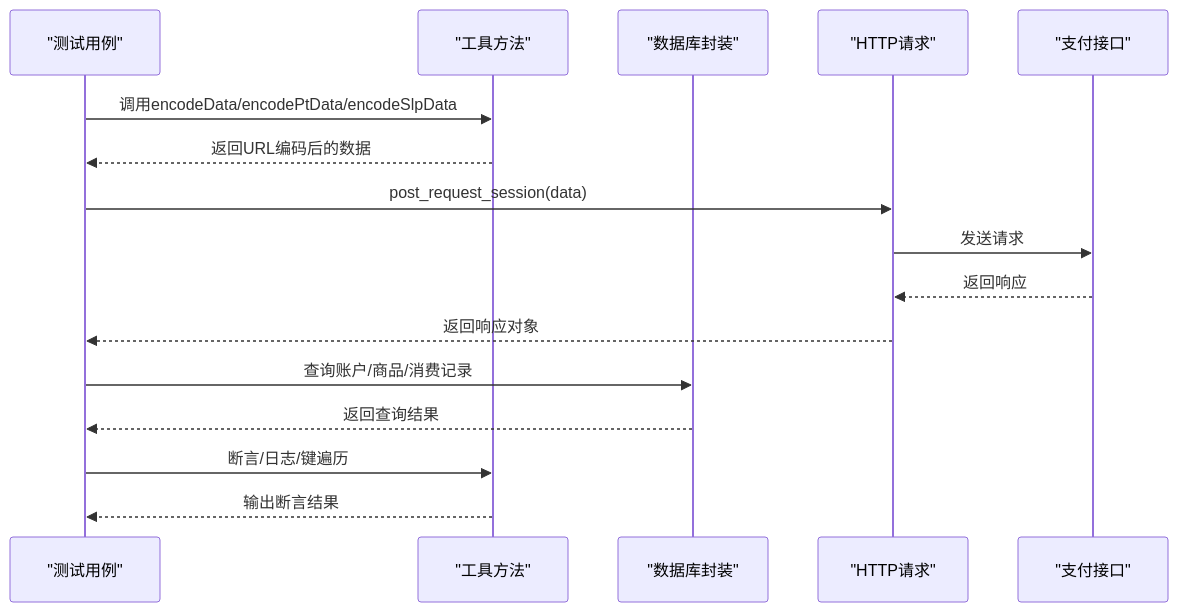
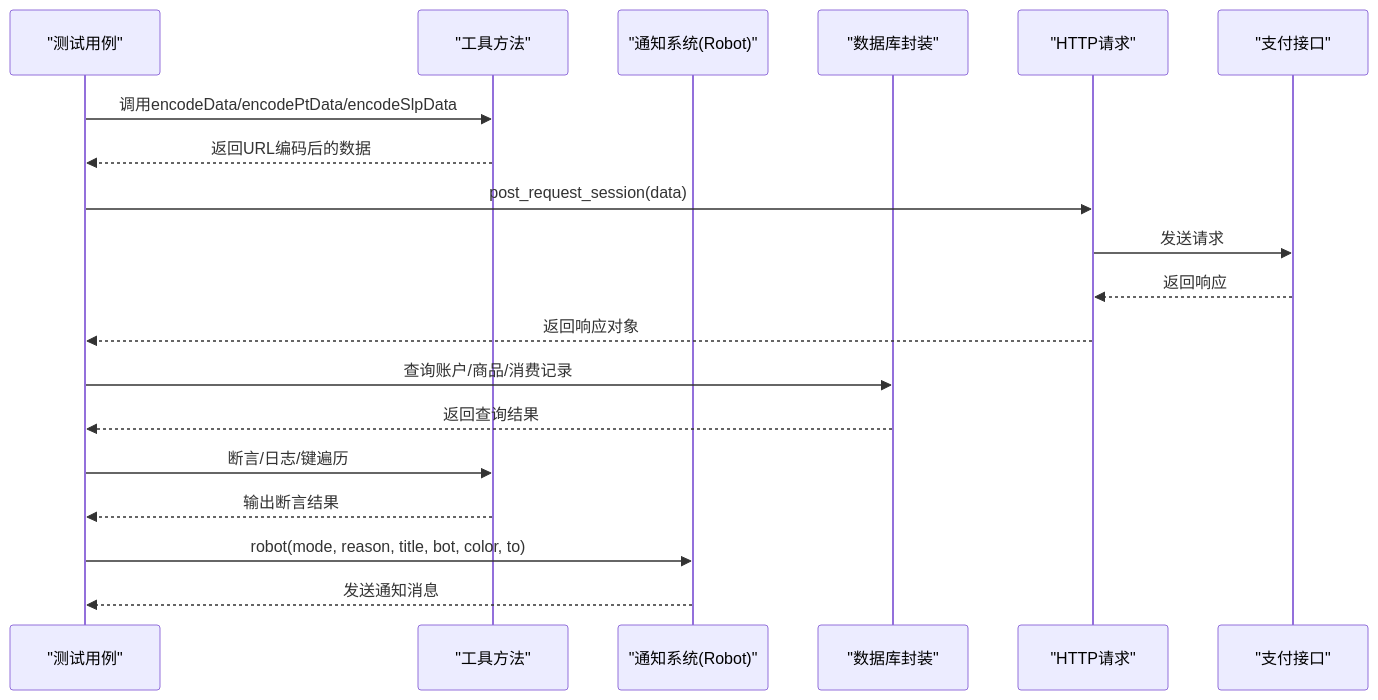
The second of 6 diagrams in .qoder/repowiki/zh/content/核心模块/工具方法模块.md (liximing1-ola/qa-payTest), drawn with Mermaid before and after one commit. The commit also changed other lines of this file and 14 other files, not shown here.

````diff
--- a/.qoder/repowiki/zh/content/核心模块/工具方法模块.md
+++ b/.qoder/repowiki/zh/content/核心模块/工具方法模块.md
@@ -157,18 +180,21 @@
 ```mermaid
 sequenceDiagram
 participant Case as "测试用例"
 participant Tools as "工具方法"
+participant Notify as "通知系统(Robot)"
 participant DB as "数据库封装"
 participant HTTP as "HTTP请求"
 participant API as "支付接口"
 Case->>Tools : 调用encodeData/encodePtData/encodeSlpData
 Tools-->>Case : 返回URL编码后的数据
 Case->>HTTP : post_request_session(data)
 HTTP->>API : 发送请求
 API-->>HTTP : 返回响应
 HTTP-->>Case : 返回响应对象
 Case->>DB : 查询账户/商品/消费记录
 DB-->>Case : 返回查询结果
 Case->>Tools : 断言/日志/键遍历
 Tools-->>Case : 输出断言结果
+Case->>Notify : robot(mode, reason, title, bot, color, to)
+Notify-->>Case : 发送通知消息
 ```
````
